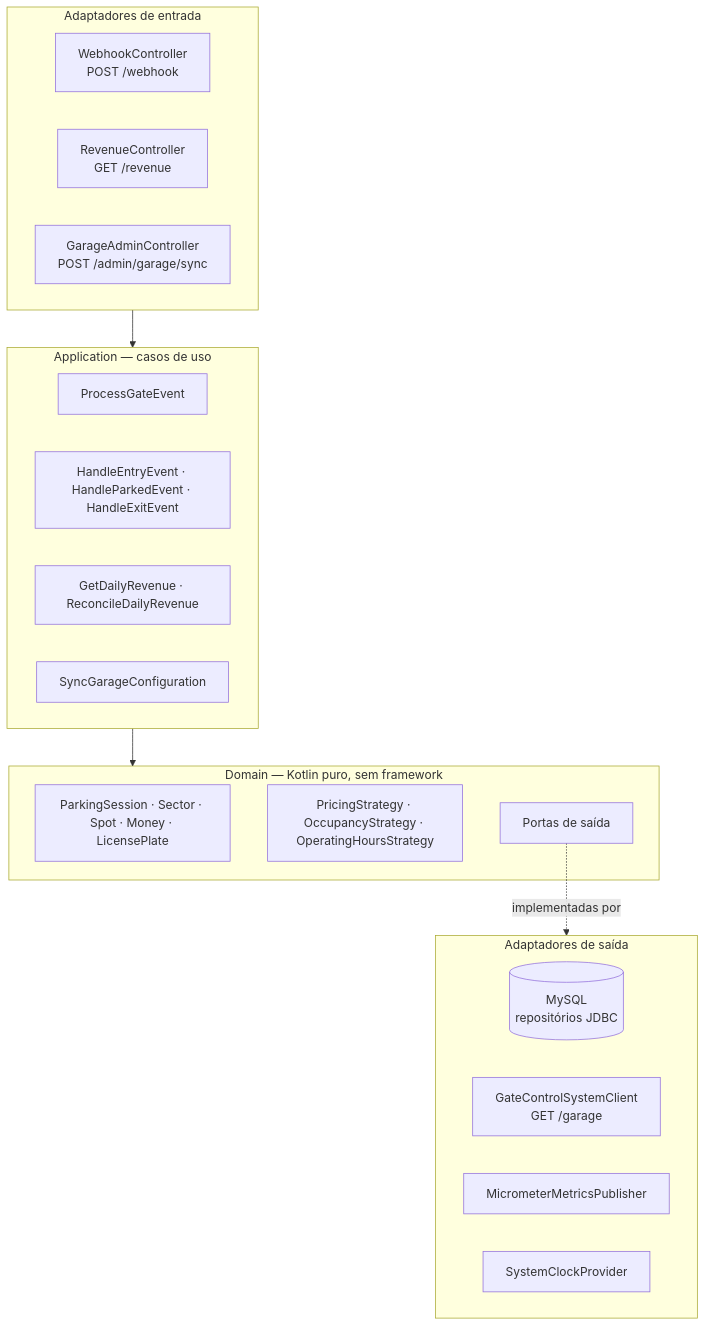
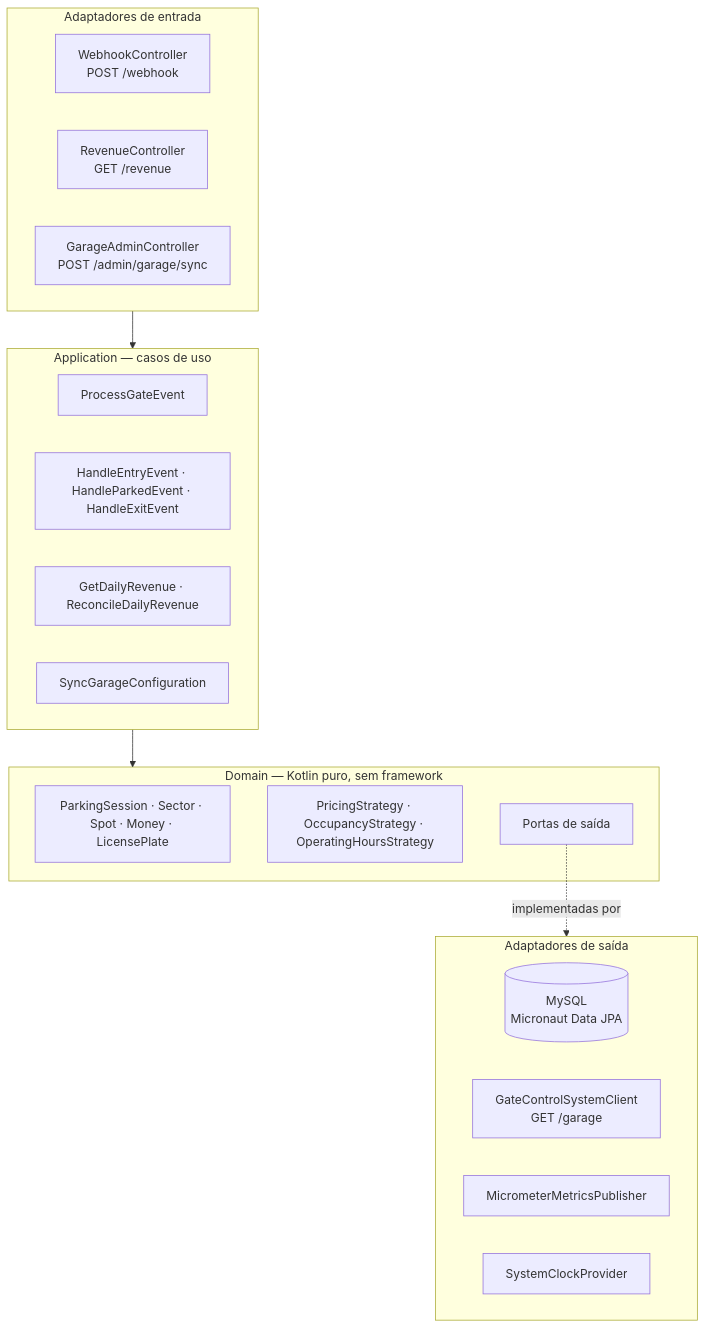
One commit to teslapark/teslapark-api changed the diagram in README.md. Above: the diagram before and after it, drawn with Mermaid. The commit also changed 58 other files, not shown here.

Commit message:
refactor: replace hand written jdbc with micronaut data jpa

````diff
--- a/README.md
+++ b/README.md
@@ -49,31 +49,31 @@
 ```mermaid
 flowchart TB
     subgraph entrada["Adaptadores de entrada"]
         WH["WebhookController<br/>POST /webhook"]
         RV["RevenueController<br/>GET /revenue"]
         AD["GarageAdminController<br/>POST /admin/garage/sync"]
     end
 
     subgraph app["Application — casos de uso"]
         PE["ProcessGateEvent"]
         HE["HandleEntryEvent · HandleParkedEvent · HandleExitEvent"]
         GR["GetDailyRevenue · ReconcileDailyRevenue"]
         SY["SyncGarageConfiguration"]
     end
 
     subgraph dom["Domain — Kotlin puro, sem framework"]
         MD["ParkingSession · Sector · Spot · Money · LicensePlate"]
         PO["PricingStrategy · OccupancyStrategy · OperatingHoursStrategy"]
         PT["Portas de saída"]
     end
 
     subgraph saida["Adaptadores de saída"]
-        DB[("MySQL<br/>repositórios JDBC")]
+        DB[("MySQL<br/>Micronaut Data JPA")]
         GCS["GateControlSystemClient<br/>GET /garage"]
         MT["MicrometerMetricsPublisher"]
         CK["SystemClockProvider"]
     end
 
     entrada --> app --> dom
     PT -.implementadas por.-> saida
 ```
````
